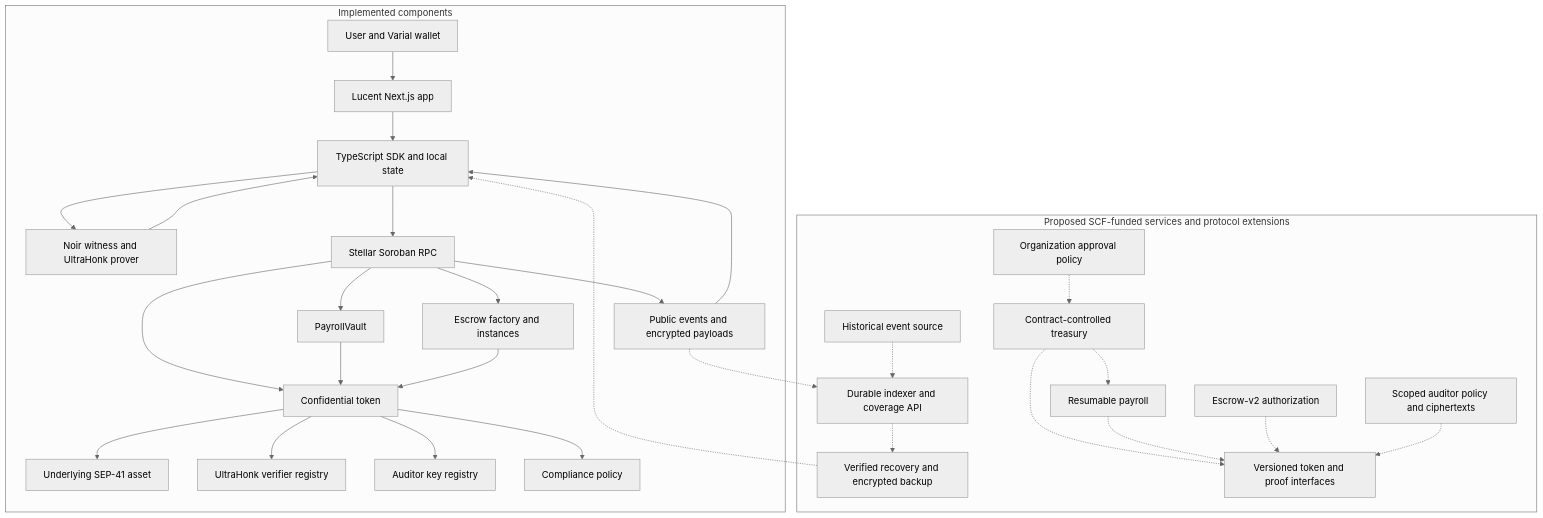
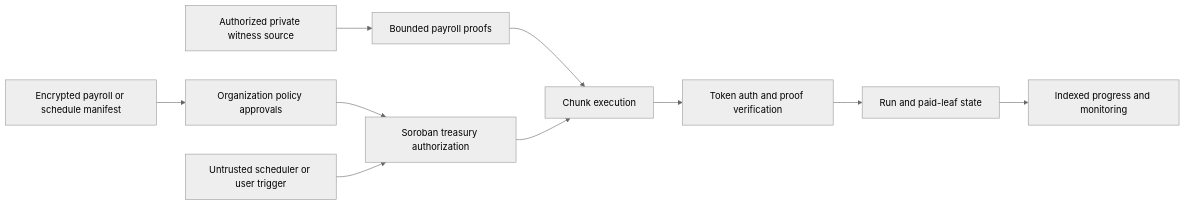
One commit to ToluLabs/Lucent changed the fourth of 4 diagrams in SCF-46-TECHNICAL-ARCHITECTURE.md. Above: the diagram before and after it, drawn with Mermaid (neutral theme). The commit also changed other lines of this file and 2 other files, not shown here.

Commit message:
docs(scf): audit architecture, deployment status and funded acceptance gates

````diff
--- a/SCF-46-TECHNICAL-ARCHITECTURE.md
+++ b/SCF-46-TECHNICAL-ARCHITECTURE.md
@@ -31,33 +453,12 @@
 ```mermaid
-flowchart TD
-  subgraph Existing[Implemented components]
-    User[User and Varial wallet] --> App[Lucent Next.js app]
-    App --> SDK[TypeScript SDK and local state]
-    SDK --> Prover[Noir witness and UltraHonk prover]
-    Prover --> SDK
-    SDK --> RPC[Stellar Soroban RPC]
-    RPC --> Token[Confidential token]
-    Token --> Asset[Underlying SEP-41 asset]
-    Token --> Verifier[UltraHonk verifier registry]
-    Token --> Auditor[Auditor key registry]
-    Token --> Policy[Compliance policy]
-    RPC --> Payroll[PayrollVault]
-    RPC --> Escrow[Escrow factory and instances]
-    Payroll --> Token
-    Escrow --> Token
-    RPC --> Events[Public events and encrypted payloads]
-    Events --> SDK
-  end
-  subgraph Proposed[Proposed SCF-funded services and protocol extensions]
-    Archive[Historical event source] -.-> Indexer[Durable indexer and coverage API]
-    Events -.-> Indexer
-    Indexer -.-> Recovery[Verified recovery and encrypted backup]
-    Recovery -.-> SDK
-    Approvals[Organization approval policy] -.-> Treasury[Contract-controlled treasury]
-    Treasury -.-> PayrollV2[Resumable payroll]
-    Treasury -.-> TokenV2[Versioned token and proof interfaces]
-    PayrollV2 -.-> TokenV2
-    EscrowV2[Escrow-v2 authorization] -.-> TokenV2
-    Scoped[Scoped auditor policy and ciphertexts] -.-> TokenV2
-  end
+flowchart LR
+  Draft[Encrypted payroll or schedule manifest] --> Approve[Organization policy approvals]
+  Approve --> Treasury[Soroban treasury authorization]
+  Trigger[Untrusted scheduler or user trigger] --> Treasury
+  Witness[Authorized private witness source] --> Prove[Bounded payroll proofs]
+  Prove --> Execute[Chunk execution]
+  Treasury --> Execute
+  Execute --> Token[Token auth and proof verification]
+  Token --> Progress[Run and paid-leaf state]
+  Progress --> Indexer[Indexed progress and monitoring]
 ```
````
